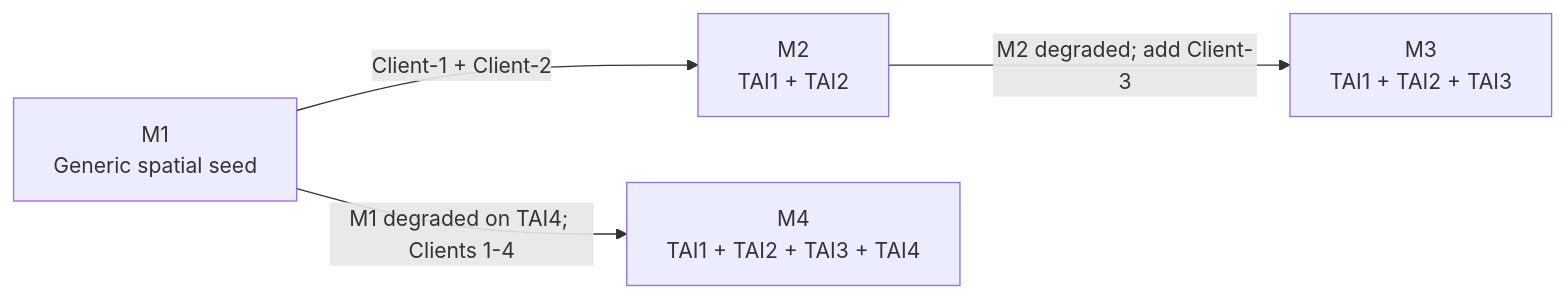
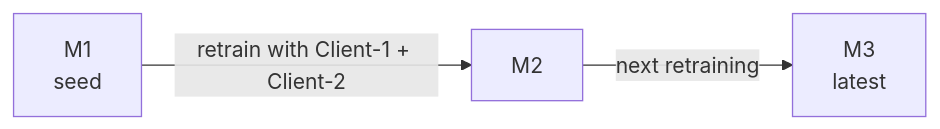
Before and after one commit to ChingJe/nwdaf-docs: the ninth of 9 diagrams in docs/notes/distributed/overview/federated_retraining_meeting_overview.md, drawn with Mermaid. The commit also changed other lines of this file and 1 other file, not shown here.

````diff
--- a/docs/notes/distributed/overview/federated_retraining_meeting_overview.md
+++ b/docs/notes/distributed/overview/federated_retraining_meeting_overview.md
@@ -223,11 +279,9 @@
 ```mermaid
 flowchart LR
-    M1["M1<br/>Generic spatial seed"]
-    M2["M2<br/>TAI1 + TAI2"]
-    M3["M3<br/>TAI1 + TAI2 + TAI3"]
-    M4["M4<br/>TAI1 + TAI2 + TAI3 + TAI4"]
+    M1["M1<br/>seed"]
+    M2["M2"]
+    M3["M3<br/>latest"]
 
-    M1 -->|Client-1 + Client-2| M2
-    M2 -->|M2 degraded; add Client-3| M3
-    M1 -->|M1 degraded on TAI4; Clients 1-4| M4
+    M1 -->|retrain with Client-1 + Client-2| M2
+    M2 -->|next retraining| M3
 ```
````
